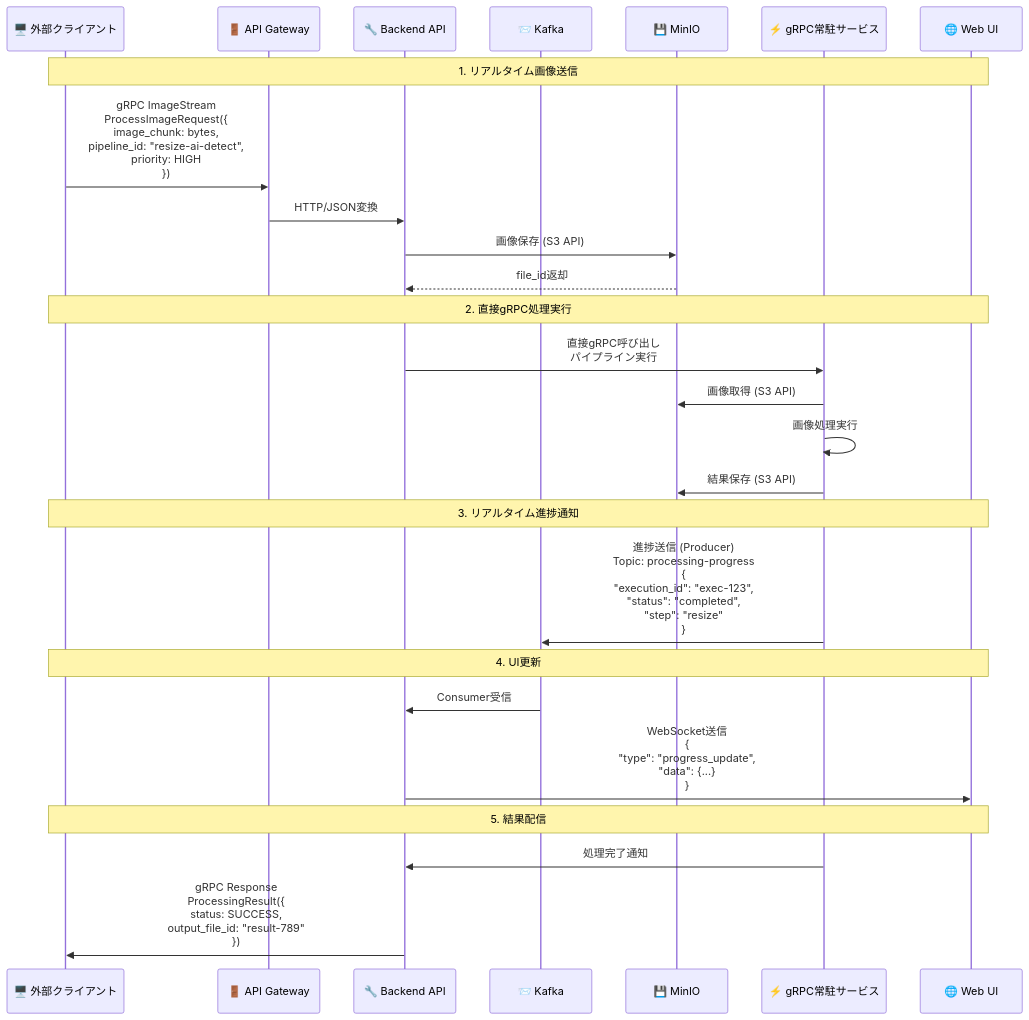
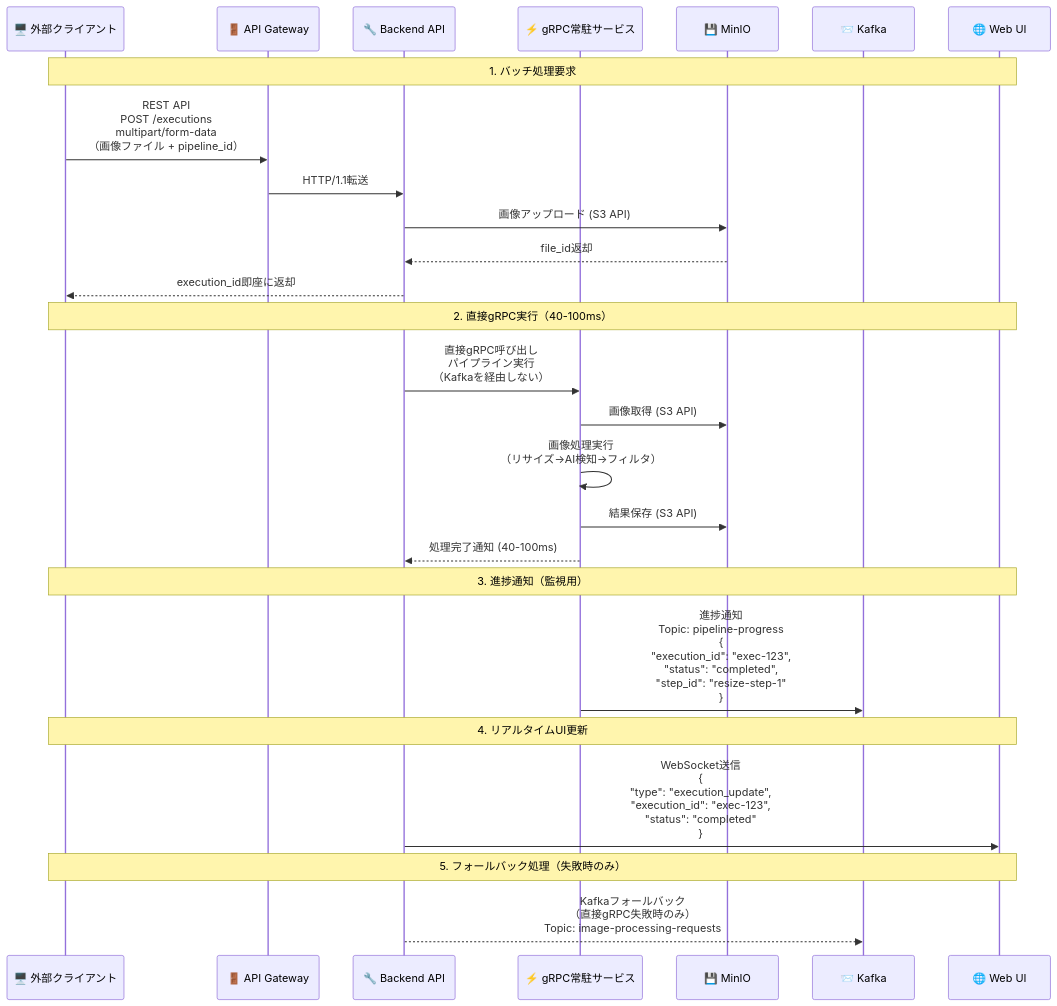
Before and after one commit to daichiTAAA/ImageFlowCanvas: the first of 2 diagrams in docs/0300_設計_アプローチ1/0304_API設計.md, drawn with Mermaid. The commit also changed other lines of this file and 21 other files, not shown here.

````diff
--- a/docs/0300_設計_アプローチ1/0304_API設計.md
+++ b/docs/0300_設計_アプローチ1/0304_API設計.md
@@ -21,33 +21,33 @@
 ```mermaid
 sequenceDiagram
     participant Client as 🖥️ 外部クライアント
     participant Gateway as 🚪 API Gateway
     participant API as 🔧 Backend API
+    participant gRPCServices as ⚡ gRPC常駐サービス
+    participant MinIO as 💾 MinIO
     participant Kafka as 📨 Kafka
-    participant MinIO as 💾 MinIO
-    participant gRPCServices as ⚡ gRPC常駐サービス
     participant WebUI as 🌐 Web UI
 
-    Note over Client, WebUI: 1. リアルタイム画像送信
-    Client->>Gateway: gRPC ImageStream<br/>ProcessImageRequest({<br/>  image_chunk: bytes,<br/>  pipeline_id: "resize-ai-detect",<br/>  priority: HIGH<br/>})
-    Gateway->>API: HTTP/JSON変換
-    API->>MinIO: 画像保存 (S3 API)
+    Note over Client, WebUI: 1. バッチ処理要求
+    Client->>Gateway: REST API<br/>POST /executions<br/>multipart/form-data<br/>（画像ファイル + pipeline_id）
+    Gateway->>API: HTTP/1.1転送
+    API->>MinIO: 画像アップロード (S3 API)
     MinIO-->>API: file_id返却
+    API-->>Client: execution_id即座に返却
     
-    Note over Client, WebUI: 2. 直接gRPC処理実行
-    API->>gRPCServices: 直接gRPC呼び出し<br/>パイプライン実行
+    Note over Client, WebUI: 2. 直接gRPC実行（40-100ms）
+    API->>gRPCServices: 直接gRPC呼び出し<br/>パイプライン実行<br/>（Kafkaを経由しない）
     gRPCServices->>MinIO: 画像取得 (S3 API)
-    gRPCServices->>gRPCServices: 画像処理実行
+    gRPCServices->>gRPCServices: 画像処理実行<br/>（リサイズ→AI検知→フィルタ）
     gRPCServices->>MinIO: 結果保存 (S3 API)
+    gRPCServices-->>API: 処理完了通知 (40-100ms)
     
-    Note over Client, WebUI: 3. リアルタイム進捗通知
-    gRPCServices->>Kafka: 進捗送信 (Producer)<br/>Topic: processing-progress<br/>{<br/>  "execution_id": "exec-123",<br/>  "status": "completed",<br/>  "step": "resize"<br/>}
+    Note over Client, WebUI: 3. 進捗通知（監視用）
+    gRPCServices->>Kafka: 進捗通知<br/>Topic: pipeline-progress<br/>{<br/>  "execution_id": "exec-123",<br/>  "status": "completed",<br/>  "step_id": "resize-step-1"<br/>}
     
-    Note over Client, WebUI: 4. UI更新
-    Kafka->>API: Consumer受信
-    API->>WebUI: WebSocket送信<br/>{<br/>  "type": "progress_update",<br/>  "data": {...}<br/>}
+    Note over Client, WebUI: 4. リアルタイムUI更新
+    API->>WebUI: WebSocket送信<br/>{<br/>  "type": "execution_update",<br/>  "execution_id": "exec-123",<br/>  "status": "completed"<br/>}
     
-    Note over Client, WebUI: 5. 結果配信
-    gRPCServices->>API: 処理完了通知
-    API->>Client: gRPC Response<br/>ProcessingResult({<br/>  status: SUCCESS,<br/>  output_file_id: "result-789"<br/>})
+    Note over Client, WebUI: 5. フォールバック処理（失敗時のみ）
+    API-->>Kafka: Kafkaフォールバック<br/>（直接gRPC失敗時のみ）<br/>Topic: image-processing-requests
 ```
````
